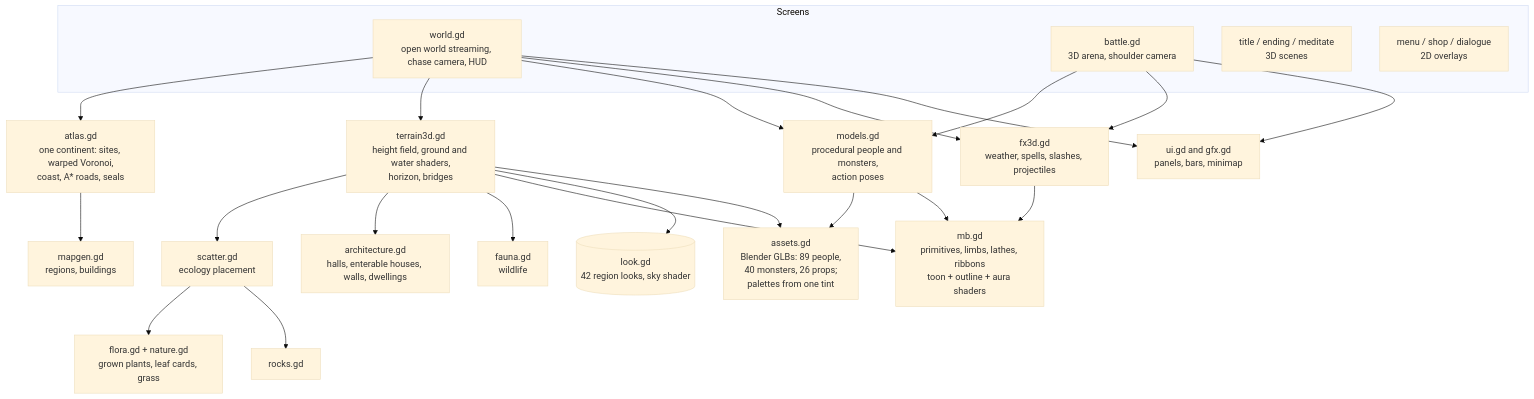
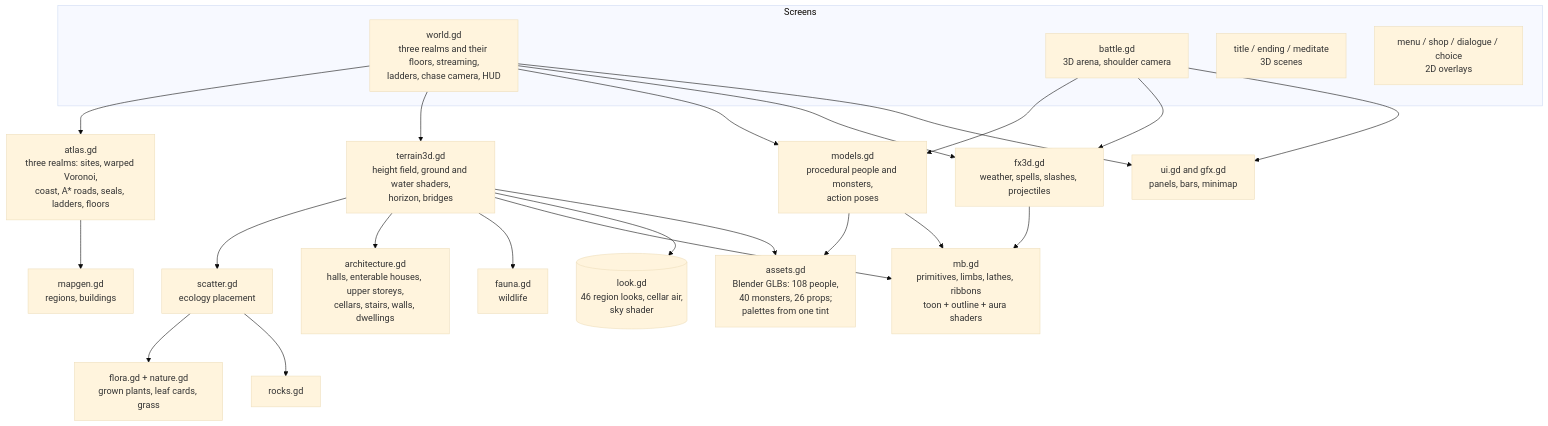
One commit to jgyy/timegox changed diagram 18 of 19 in README.md. Above: the diagram before and after it, drawn with Mermaid (base theme). The commit also changed other lines of this file and 84 other files, not shown here.

Commit message:
Three realms, buildings with floors, six Daos, six peoples and Part XI (+1h18m) (#11)

````diff
--- a/README.md
+++ b/README.md
@@ -885,29 +1046,29 @@
 ```mermaid
 flowchart TD
     subgraph Screens
-        W[world.gd<br/>open world streaming, chase camera, HUD]
+        W[world.gd<br/>three realms and their floors, streaming,<br/>ladders, chase camera, HUD]
         B[battle.gd<br/>3D arena, shoulder camera]
         T[title / ending / meditate<br/>3D scenes]
-        M[menu / shop / dialogue<br/>2D overlays]
+        M[menu / shop / dialogue / choice<br/>2D overlays]
     end
-    W --> ATL[atlas.gd<br/>one continent: sites, warped Voronoi,<br/>coast, A* roads, seals]
+    W --> ATL[atlas.gd<br/>three realms: sites, warped Voronoi,<br/>coast, A* roads, seals, ladders, floors]
     ATL --> MG2[mapgen.gd<br/>regions, buildings]
     W --> TER[terrain3d.gd<br/>height field, ground and water shaders,<br/>horizon, bridges]
     TER --> SC[scatter.gd<br/>ecology placement]
     SC --> FL[flora.gd + nature.gd<br/>grown plants, leaf cards, grass]
     SC --> RK[rocks.gd]
-    TER --> ARC[architecture.gd<br/>halls, enterable houses, walls, dwellings]
+    TER --> ARC[architecture.gd<br/>halls, enterable houses, upper storeys,<br/>cellars, stairs, walls, dwellings]
     TER --> FA[fauna.gd<br/>wildlife]
     W --> MOD[models.gd<br/>procedural people and monsters,<br/>action poses]
-    MOD --> AS[assets.gd<br/>Blender GLBs: 89 people,<br/>40 monsters, 26 props;<br/>palettes from one tint]
+    MOD --> AS[assets.gd<br/>Blender GLBs: 108 people,<br/>40 monsters, 26 props;<br/>palettes from one tint]
     B --> MOD
     B --> FX[fx3d.gd<br/>weather, spells, slashes, projectiles]
     W --> FX
     TER --> MB[mb.gd<br/>primitives, limbs, lathes, ribbons<br/>toon + outline + aura shaders]
     MOD --> MB
     FX --> MB
-    TER --> LK[(look.gd<br/>42 region looks, sky shader)]
+    TER --> LK[(look.gd<br/>46 region looks, cellar air,<br/>sky shader)]
     TER --> AS
     W --> UI[ui.gd and gfx.gd<br/>panels, bars, minimap]
     B --> UI
 ```
````
